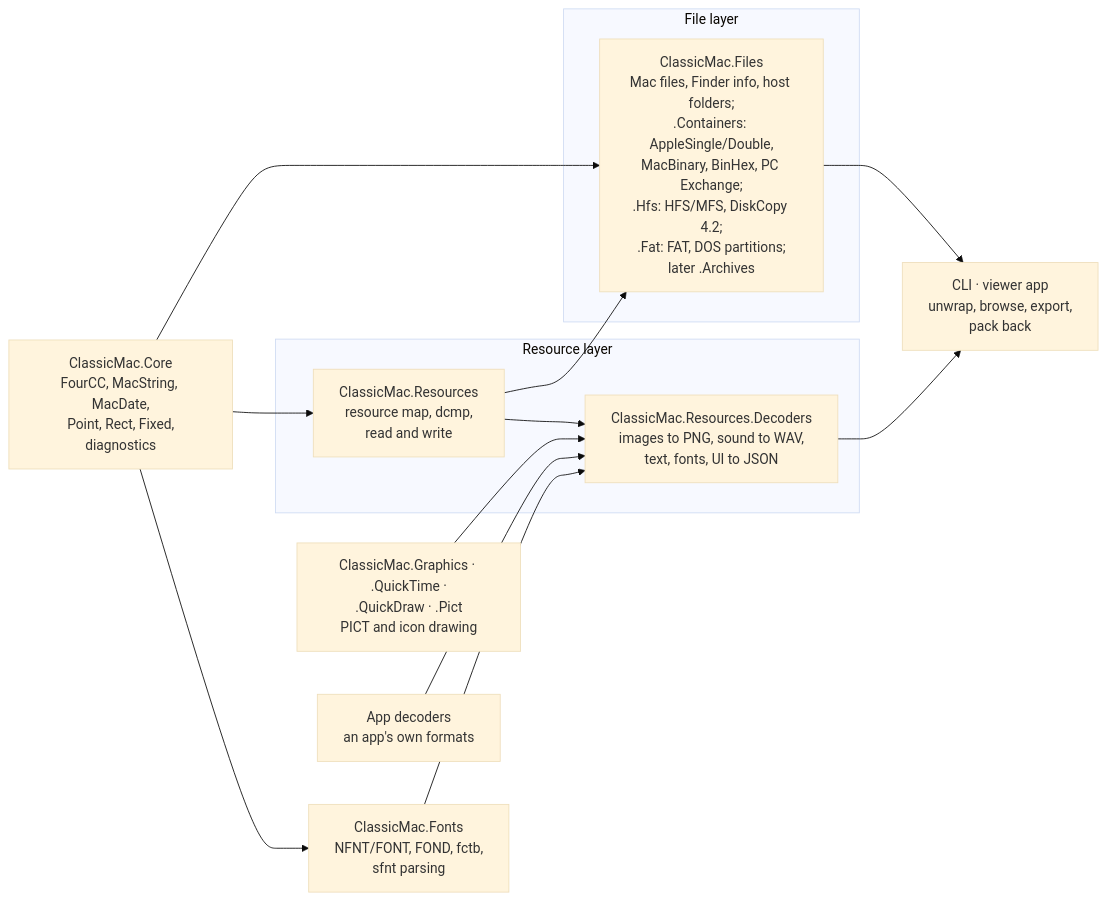
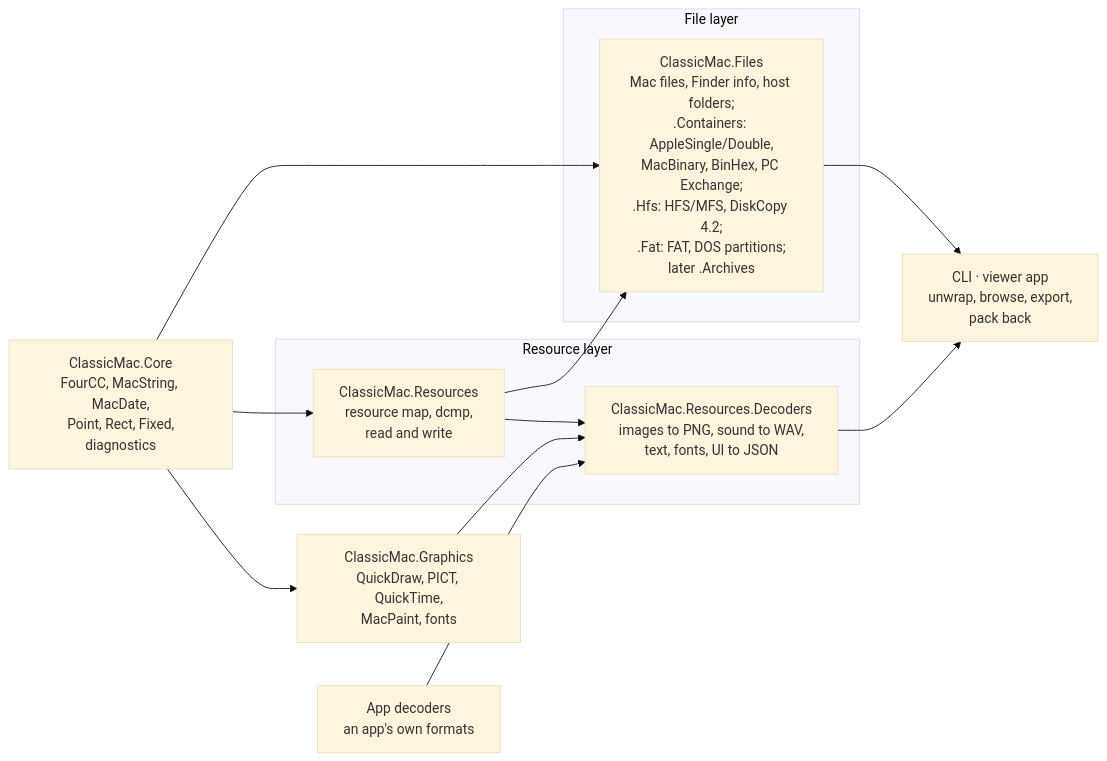
Before and after one commit to inexin/ClassicMac: the diagram in docs/PLAN.md, drawn with Mermaid (base theme). The commit also changed other lines of this file and 135 other files, not shown here.

Commit message:
Graphics: one ClassicMac.Graphics package (Fonts, QuickTime, QuickDraw, Pict as layer namespaces) plus the ImageSharp and SkiaSharp adapters; layering test by folder; docs

````diff
--- a/docs/PLAN.md
+++ b/docs/PLAN.md
@@ -311,20 +311,18 @@
 ```mermaid
 flowchart LR
     B["ClassicMac.Core<br/>FourCC, MacString, MacDate,<br/>Point, Rect, Fixed,<br/>diagnostics"]
     subgraph filelayer["File layer"]
         F["ClassicMac.Files<br/>Mac files, Finder info, host folders;<br/>.Containers: AppleSingle/Double,<br/>MacBinary, BinHex, PC Exchange;<br/>.Hfs: HFS/MFS, DiskCopy 4.2;<br/>.Fat: FAT, DOS partitions;<br/>later .Archives"]
     end
     subgraph resourcelayer["Resource layer"]
         M["ClassicMac.Resources<br/>resource map, dcmp,<br/>read and write"]
         D["ClassicMac.Resources.Decoders<br/>images to PNG, sound to WAV,<br/>text, fonts, UI to JSON"]
     end
-    T["ClassicMac.Fonts<br/>NFNT/FONT, FOND, fctb,<br/>sfnt parsing"]
     E["CLI · viewer app<br/>unwrap, browse, export,<br/>pack back"]
-    B --> F & M & T
-    T --> D
+    B --> F & M & Q
     M --> F
     M --> D
     F & D --> E
-    Q["ClassicMac.Graphics · .QuickTime ·<br/>.QuickDraw · .Pict<br/>PICT and icon drawing"] --> D
+    Q["ClassicMac.Graphics<br/>QuickDraw, PICT, QuickTime,<br/>MacPaint, fonts"] --> D
     A["App decoders<br/>an app's own formats"] --> D
 ```
````
